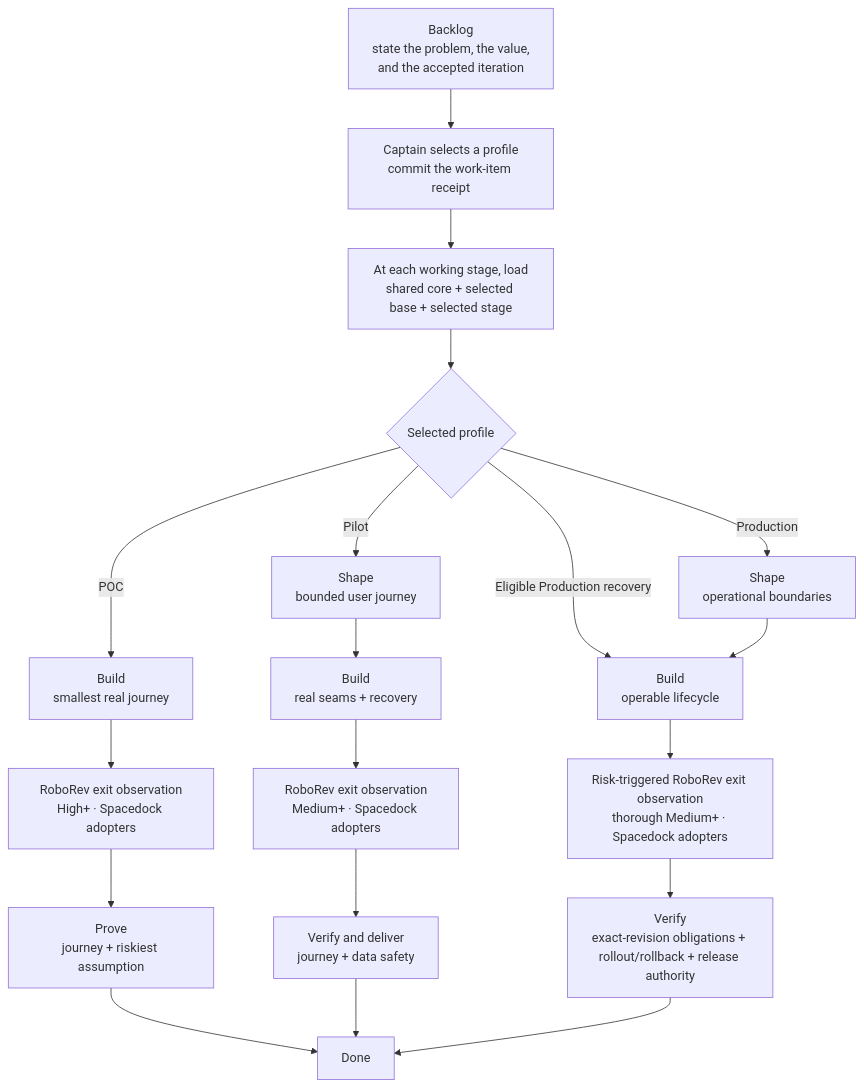
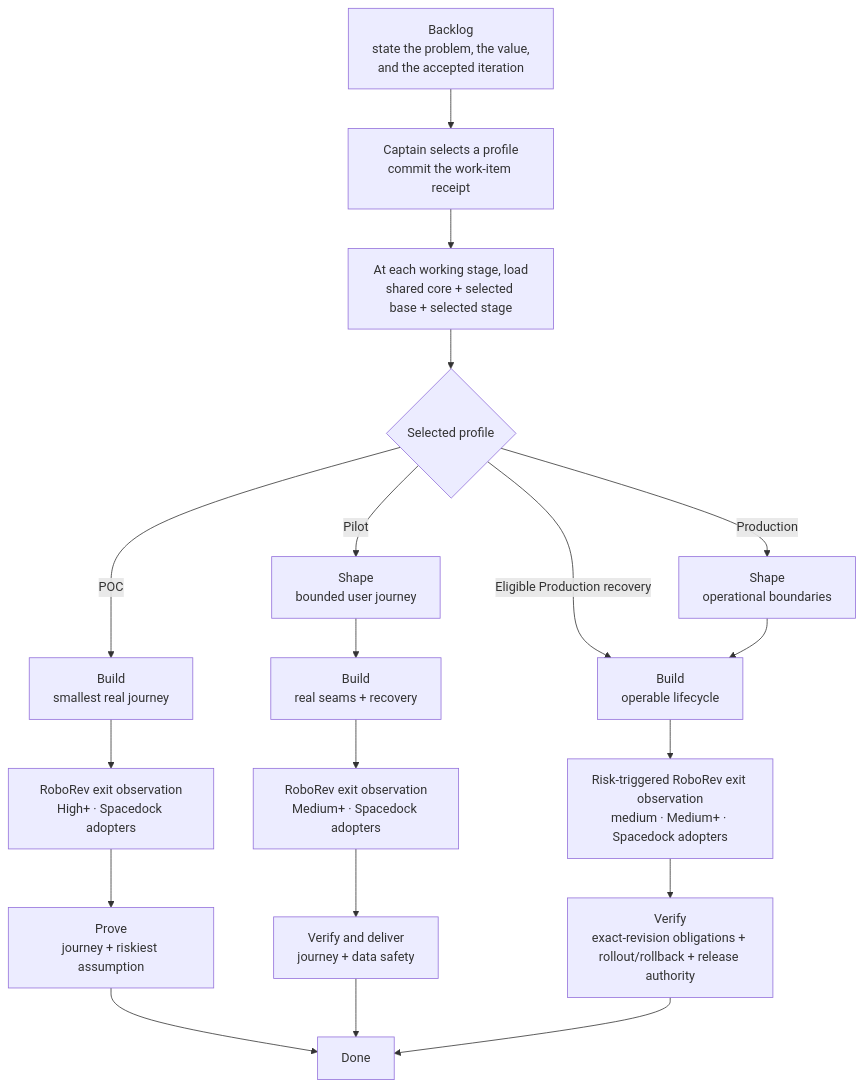
One commit to iamcxa/kc-claude-plugins changed the diagram in kc-dev-flow/README.md. Above: the diagram before and after it, drawn with Mermaid. The commit also changed 14 other files, not shown here.

Commit message:
fix(kc-dev-flow): close recovery review gaps

````diff
--- a/kc-dev-flow/README.md
+++ b/kc-dev-flow/README.md
@@ -20,24 +20,24 @@
 ```mermaid
 flowchart TB
     A["Backlog<br/>state the problem, the value,<br/>and the accepted iteration"] --> B["Captain selects a profile<br/>commit the work-item receipt"]
     B --> L["At each working stage, load<br/>shared core + selected base + selected stage"]
     L --> C{Selected profile}
 
     C -->|POC| P1["Build<br/>smallest real journey"]
     P1 --> P2["RoboRev exit observation<br/>High+ · Spacedock adopters"]
     P2 --> P3["Prove<br/>journey + riskiest assumption"]
     P3 --> D[Done]
 
     C -->|Pilot| T1["Shape<br/>bounded user journey"]
     T1 --> T2["Build<br/>real seams + recovery"]
     T2 --> T3["RoboRev exit observation<br/>Medium+ · Spacedock adopters"]
     T3 --> T4["Verify and deliver<br/>journey + data safety"]
     T4 --> D
 
     C -->|Production| R1["Shape<br/>operational boundaries"]
     C -->|Eligible Production recovery| R2
     R1 --> R2["Build<br/>operable lifecycle"]
-    R2 --> R3["Risk-triggered RoboRev exit observation<br/>thorough Medium+ · Spacedock adopters"]
+    R2 --> R3["Risk-triggered RoboRev exit observation<br/>medium · Medium+ · Spacedock adopters"]
     R3 --> R4["Verify<br/>exact-revision obligations + rollout/rollback + release authority"]
     R4 --> D
 ```
````
